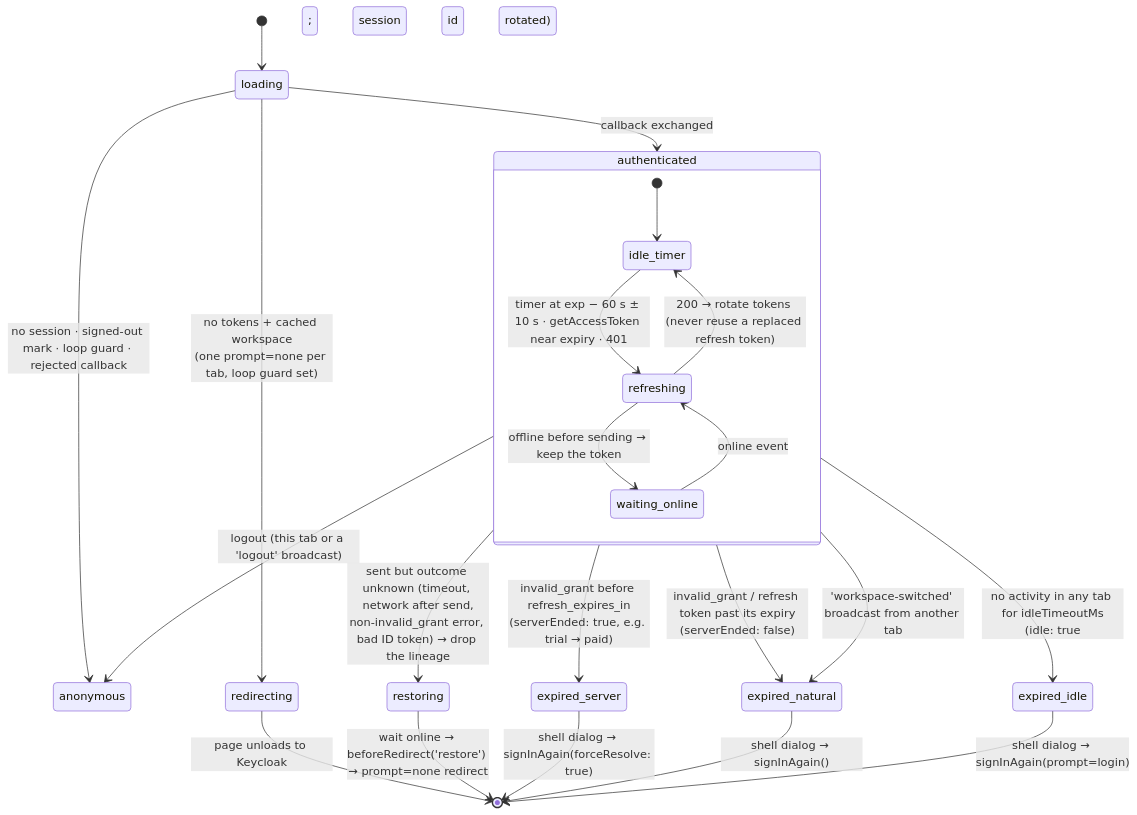
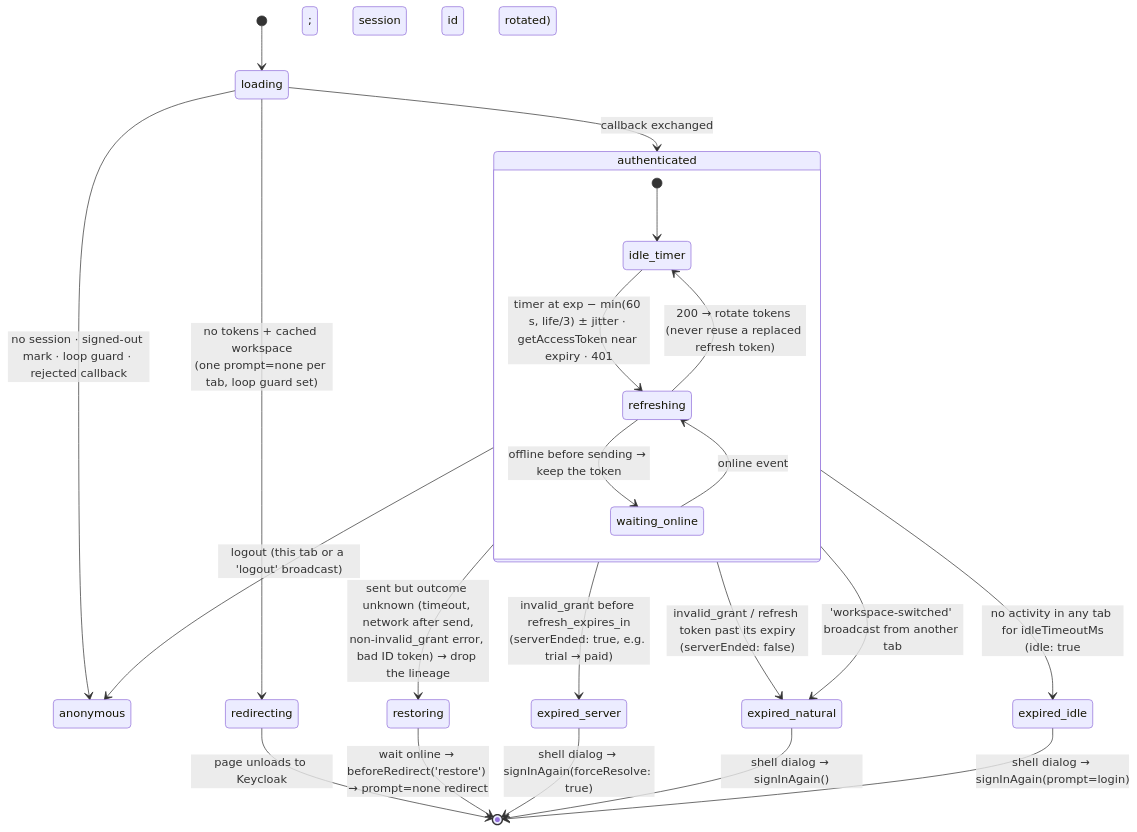
Before and after one commit to BCBP-SOLUTIONS-FZC-LLC/platform-reactcommon: the diagram in docs/architecture/mermaid/auth-refresh-restore.mmd, drawn with Mermaid. The commit also changed 225 other files, not shown here.

```diff
--- a/docs/architecture/mermaid/auth-refresh-restore.mmd
+++ b/docs/architecture/mermaid/auth-refresh-restore.mmd
@@ -1,26 +1,26 @@
 stateDiagram-v2
     [*] --> loading
     loading --> authenticated: callback exchanged
     loading --> anonymous: no session · signed-out mark · loop guard · rejected callback
     loading --> redirecting: no tokens + cached workspace<br/>(one prompt=none per tab, loop guard set)
     redirecting --> [*]: page unloads to Keycloak
 
     state authenticated {
         [*] --> idle_timer
-        idle_timer --> refreshing: timer at exp − 60 s ± 10 s · getAccessToken near expiry · 401
+        idle_timer --> refreshing: timer at exp − min(60 s, life/3) ± jitter · getAccessToken near expiry · 401
         refreshing --> idle_timer: 200 → rotate tokens (never reuse a replaced refresh token)
         refreshing --> waiting_online: offline before sending → keep the token
         waiting_online --> refreshing: online event
     }
 
     authenticated --> expired_server: invalid_grant before refresh_expires_in<br/>(serverEnded: true, e.g. trial → paid)
     authenticated --> expired_natural: invalid_grant / refresh token past its expiry<br/>(serverEnded: false)
     authenticated --> expired_idle: no activity in any tab for idleTimeoutMs<br/>(idle: true; session id rotated)
     authenticated --> restoring: sent but outcome unknown (timeout, network after send,<br/>non-invalid_grant error, bad ID token) → drop the lineage
     restoring --> [*]: wait online → beforeRedirect('restore') → prompt=none redirect
     authenticated --> anonymous: logout (this tab or a 'logout' broadcast)
     authenticated --> expired_natural: 'workspace-switched' broadcast from another tab
 
     expired_server --> [*]: shell dialog → signInAgain(forceResolve: true)
     expired_natural --> [*]: shell dialog → signInAgain()
     expired_idle --> [*]: shell dialog → signInAgain(prompt=login)
```
